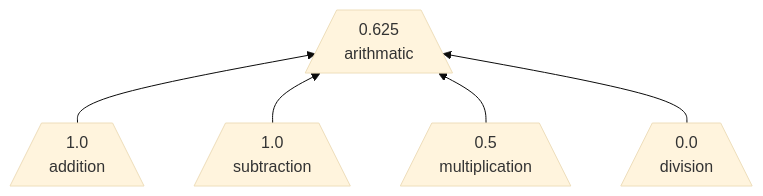
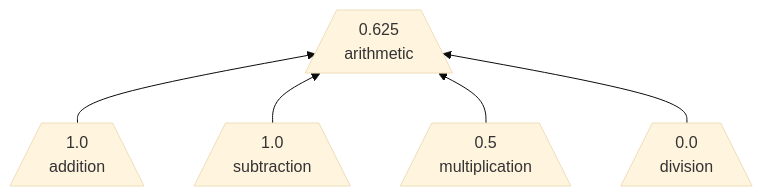
The first of 3 diagrams in specs/proficiency-score.md (openproficiency/model), drawn with Mermaid (base theme) before and after one commit. The commit also changed other lines of this file and 4 other files, not shown here.

````diff
--- a/specs/proficiency-score.md
+++ b/specs/proficiency-score.md
@@ -28,9 +28,9 @@
 ```mermaid
 flowchart BT
-arithmatic[/0.625<br/>arithmatic\]
+arithmetic[/0.625<br/>arithmetic\]
 
-addition[/"1.0<br/>addition"\] --> arithmatic
-subtraction[/1.0<br/>subtraction\] --> arithmatic
-multiplication[/0.5<br/>multiplication\] --> arithmatic
-division[/0.0<br/>division\] --> arithmatic
+addition[/"1.0<br/>addition"\] --> arithmetic
+subtraction[/1.0<br/>subtraction\] --> arithmetic
+multiplication[/0.5<br/>multiplication\] --> arithmetic
+division[/0.0<br/>division\] --> arithmetic
 ```
````
